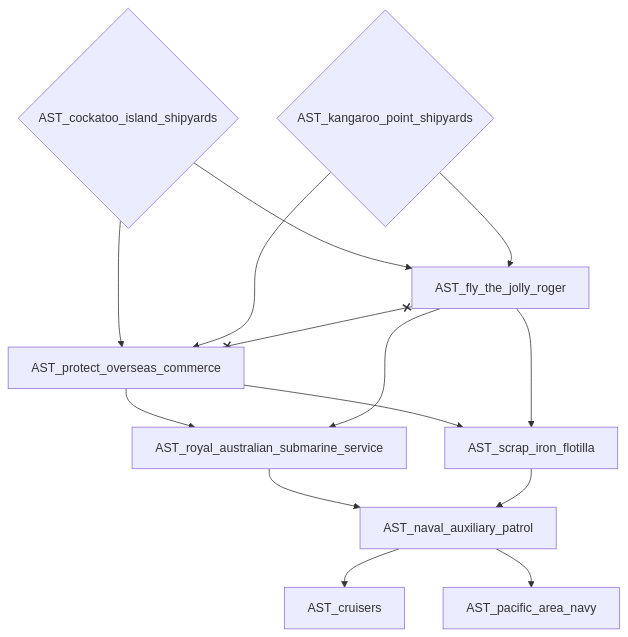
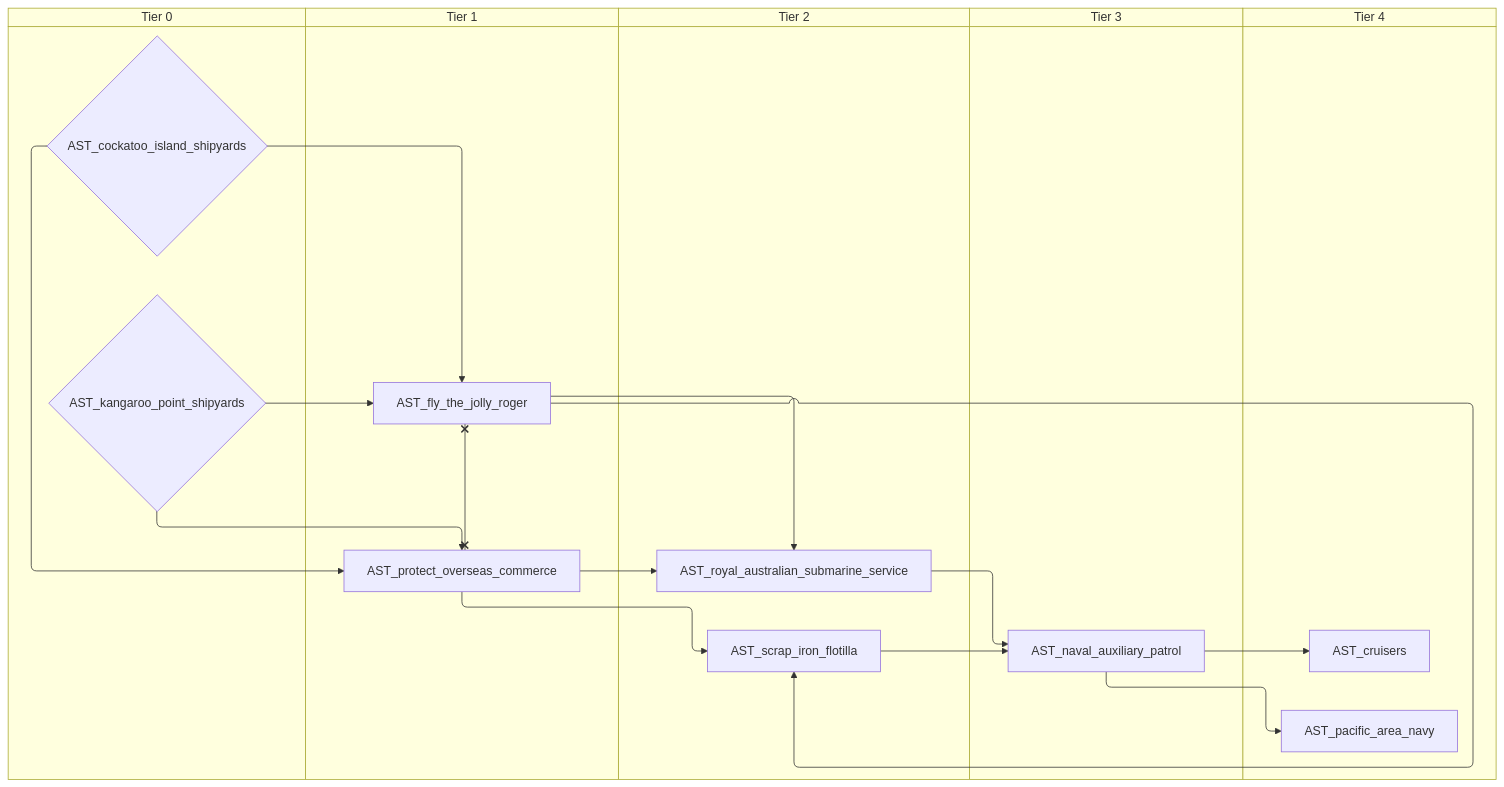
One commit to evgeny-sobol/hoi4-sandbox-mode changed the sixth of 9 diagrams in docs/gdd/National Focuses/australia.md. Above: the diagram before and after it, drawn with Mermaid. The commit also changed other lines of this file and 80 other files, not shown here.

First line of the commit message:
Add swimlane mode to focus graph exporter

````diff
--- a/docs/gdd/National Focuses/australia.md
+++ b/docs/gdd/National Focuses/australia.md
@@ -189,25 +247,35 @@
 ```mermaid
-flowchart TD
-    n17{"AST_cockatoo_island_shipyards"}
-    n18["AST_cruisers"]
-    n19["AST_fly_the_jolly_roger"]
-    n20{"AST_kangaroo_point_shipyards"}
-    n21["AST_naval_auxiliary_patrol"]
-    n22["AST_pacific_area_navy"]
-    n23["AST_protect_overseas_commerce"]
-    n24["AST_royal_australian_submarine_service"]
-    n25["AST_scrap_iron_flotilla"]
-    n21 --> n18
+swimlane-beta TD
+    subgraph tier_0["Tier 0"]
+        n17{"AST_cockatoo_island_shipyards"}
+        n18{"AST_kangaroo_point_shipyards"}
+    end
+    subgraph tier_1["Tier 1"]
+        n19["AST_fly_the_jolly_roger"]
+        n20["AST_protect_overseas_commerce"]
+    end
+    subgraph tier_2["Tier 2"]
+        n21["AST_royal_australian_submarine_service"]
+        n22["AST_scrap_iron_flotilla"]
+    end
+    subgraph tier_3["Tier 3"]
+        n23["AST_naval_auxiliary_patrol"]
+    end
+    subgraph tier_4["Tier 4"]
+        n24["AST_cruisers"]
+        n25["AST_pacific_area_navy"]
+    end
+    n23 --> n24
     n17 --> n19
-    n20 --> n19
-    n24 --> n21
-    n25 --> n21
-    n21 --> n22
-    n17 --> n23
-    n20 --> n23
-    n23 --> n24
-    n19 --> n24
+    n18 --> n19
+    n21 --> n23
+    n22 --> n23
     n23 --> n25
-    n19 --> n25
-    n19 x--x n23
+    n17 --> n20
+    n18 --> n20
+    n20 --> n21
+    n19 --> n21
+    n20 --> n22
+    n19 --> n22
+    n19 x--x n20
 ```
````
